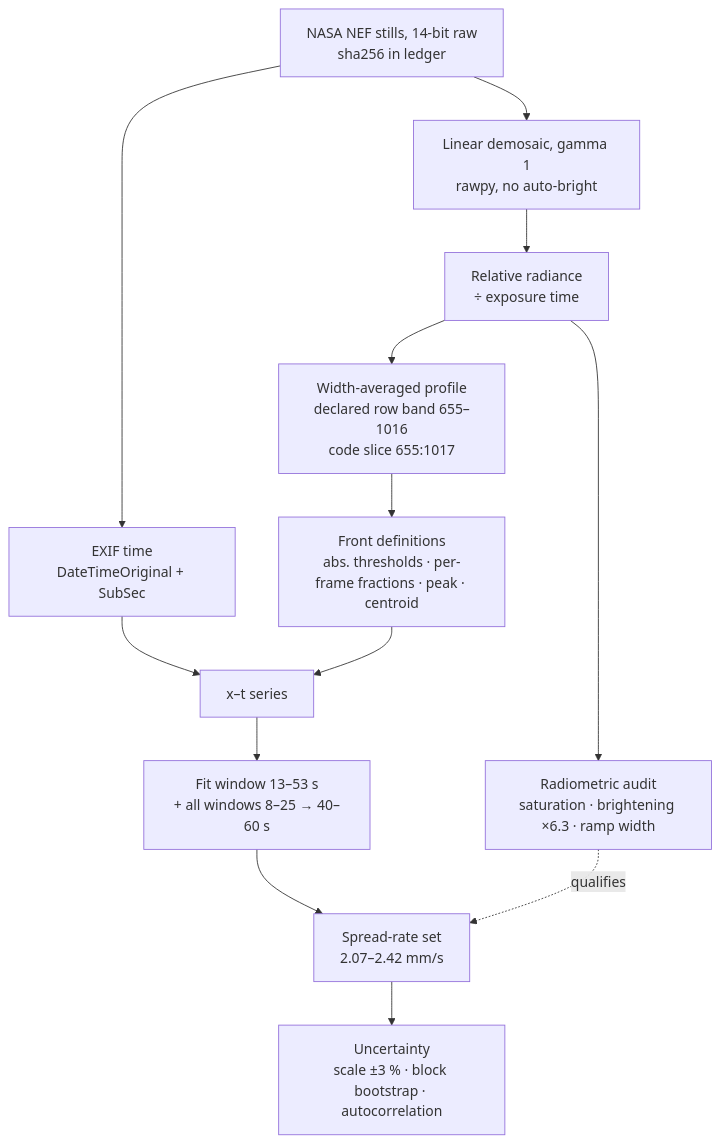
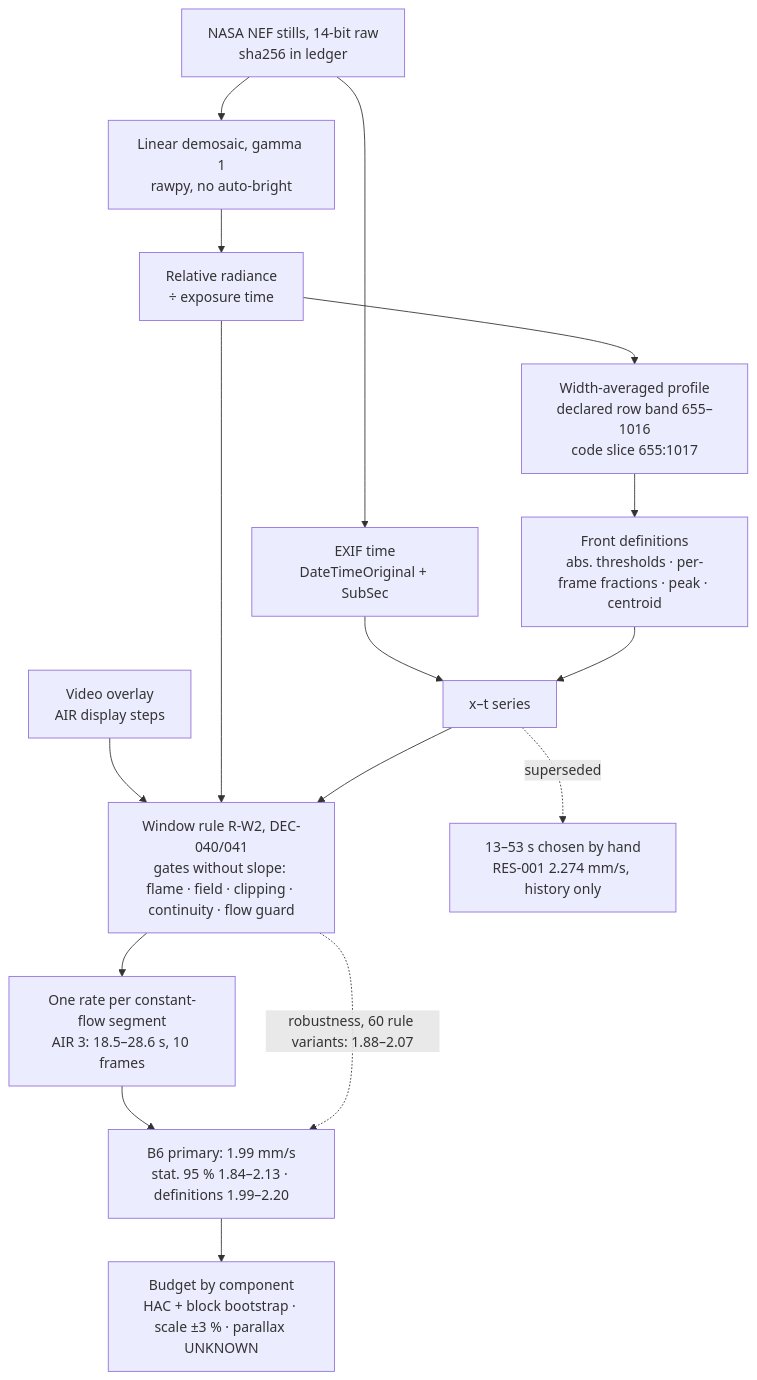
One commit to Romeo-Decu/GFL-Gravity-Fire-Ledger changed the diagram in docs/diagrams/D07_b6_measurement.mmd. Above: the diagram before and after it, drawn with Mermaid. The commit also changed 6 other files, not shown here.

First line of the commit message:
B6 headline corrected (DEC-041): 1.99 mm/s at AIR 3, budget by component

```diff
--- a/docs/diagrams/D07_b6_measurement.mmd
+++ b/docs/diagrams/D07_b6_measurement.mmd
@@ -1,14 +1,17 @@
-%% D07 — B6 flame-spread measurement pipeline (tools/flame_front.py, b6_sensitivity.py, b6_radiometric_audit.py).
+%% D07 — B6 flame-spread measurement pipeline (tools/flame_front.py, b6_window_rule.py, b6_window_robustness.py).
 flowchart TD
   n[NASA NEF stills, 14-bit raw<br/>sha256 in ledger] --> t[EXIF time<br/>DateTimeOriginal + SubSec]
   n --> d[Linear demosaic, gamma 1<br/>rawpy, no auto-bright]
   d --> r[Relative radiance<br/>÷ exposure time]
   r --> b[Width-averaged profile<br/>declared row band 655–1016<br/>code slice 655:1017]
   b --> f[Front definitions<br/>abs. thresholds · per-frame fractions · peak · centroid]
   t --> x[x–t series]
   f --> x
-  x --> w[Fit window 13–53 s<br/>+ all windows 8–25 → 40–60 s]
-  w --> s[Spread-rate set<br/>2.07–2.42 mm/s]
-  s --> u[Uncertainty<br/>scale ±3 % · block bootstrap · autocorrelation]
-  r --> q[Radiometric audit<br/>saturation · brightening ×6.3 · ramp width]
-  q -. qualifies .-> s
+  ov[Video overlay<br/>AIR display steps] --> g
+  r --> g[Window rule R-W2, DEC-040/041<br/>gates without slope: flame · field · clipping · continuity · flow guard]
+  x --> g
+  g --> seg[One rate per constant-flow segment<br/>AIR 3: 18.5–28.6 s, 10 frames]
+  seg --> s[B6 primary: 1.99 mm/s<br/>stat. 95 % 1.84–2.13 · definitions 1.99–2.20]
+  s --> u[Budget by component<br/>HAC + block bootstrap · scale ±3 % · parallax UNKNOWN]
+  g -.->|robustness, 60 rule variants: 1.88–2.07| s
+  x -.->|superseded| old[13–53 s chosen by hand<br/>RES-001 2.274 mm/s, history only]
```
